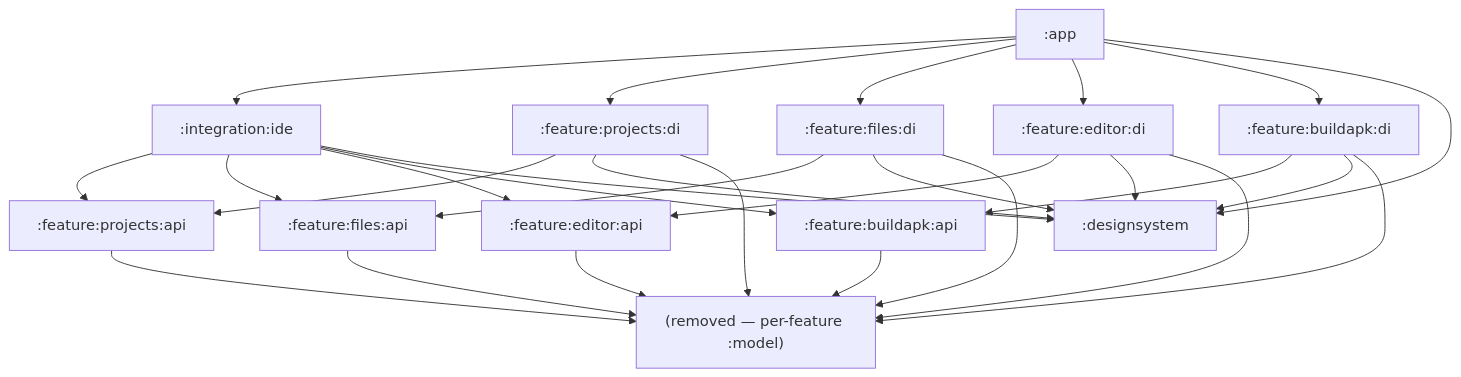
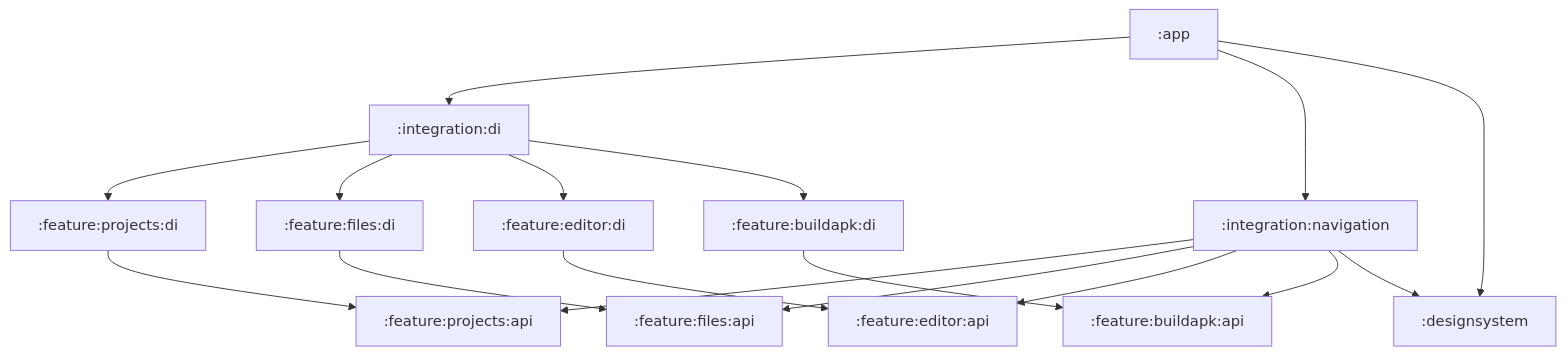
The first of 5 diagrams in project/architecture.md (Al-Qassim/Android-Studio-Lite), drawn with Mermaid before and after one commit. The commit also changed other lines of this file and 18 other files, not shown here.

First line of the commit message:
Split integration:ide into di and navigation modules.

````diff
--- a/project/architecture.md
+++ b/project/architecture.md
@@ -107,50 +108,36 @@
 ```mermaid
 flowchart TB
   app[":app"]
-  ide[":integration:ide"]
+  di[":integration:di"]
+  nav[":integration:navigation"]
   ds[":designsystem"]
-  core["(removed — per-feature :model)"]
 
   pApi[":feature:projects:api"]
-  pImpl[":feature:projects:di"]
+  pDi[":feature:projects:di"]
   fApi[":feature:files:api"]
-  fImpl[":feature:files:di"]
+  fDi[":feature:files:di"]
   eApi[":feature:editor:api"]
-  eImpl[":feature:editor:di"]
+  eDi[":feature:editor:di"]
   bApi[":feature:buildapk:api"]
-  bImpl[":feature:buildapk:di"]
+  bDi[":feature:buildapk:di"]
 
-  app --> ide
-  app --> pImpl
-  app --> fImpl
-  app --> eImpl
-  app --> bImpl
+  app --> di
+  app --> nav
   app --> ds
 
-  ide --> pApi
-  ide --> fApi
-  ide --> eApi
-  ide --> bApi
-  ide --> ds
+  di --> pDi
+  di --> fDi
+  di --> eDi
+  di --> bDi
 
-  pImpl --> pApi
-  pImpl --> ds
-  pImpl --> core
+  nav --> pApi
+  nav --> fApi
+  nav --> eApi
+  nav --> bApi
+  nav --> ds
 
-  fImpl --> fApi
-  fImpl --> ds
-  fImpl --> core
-
-  eImpl --> eApi
-  eImpl --> ds
-  eImpl --> core
-
-  bImpl --> bApi
-  bImpl --> ds
-  bImpl --> core
-
-  pApi --> core
-  fApi --> core
-  eApi --> core
-  bApi --> core
+  pDi --> pApi
+  fDi --> fApi
+  eDi --> eApi
+  bDi --> bApi
 ```
````
